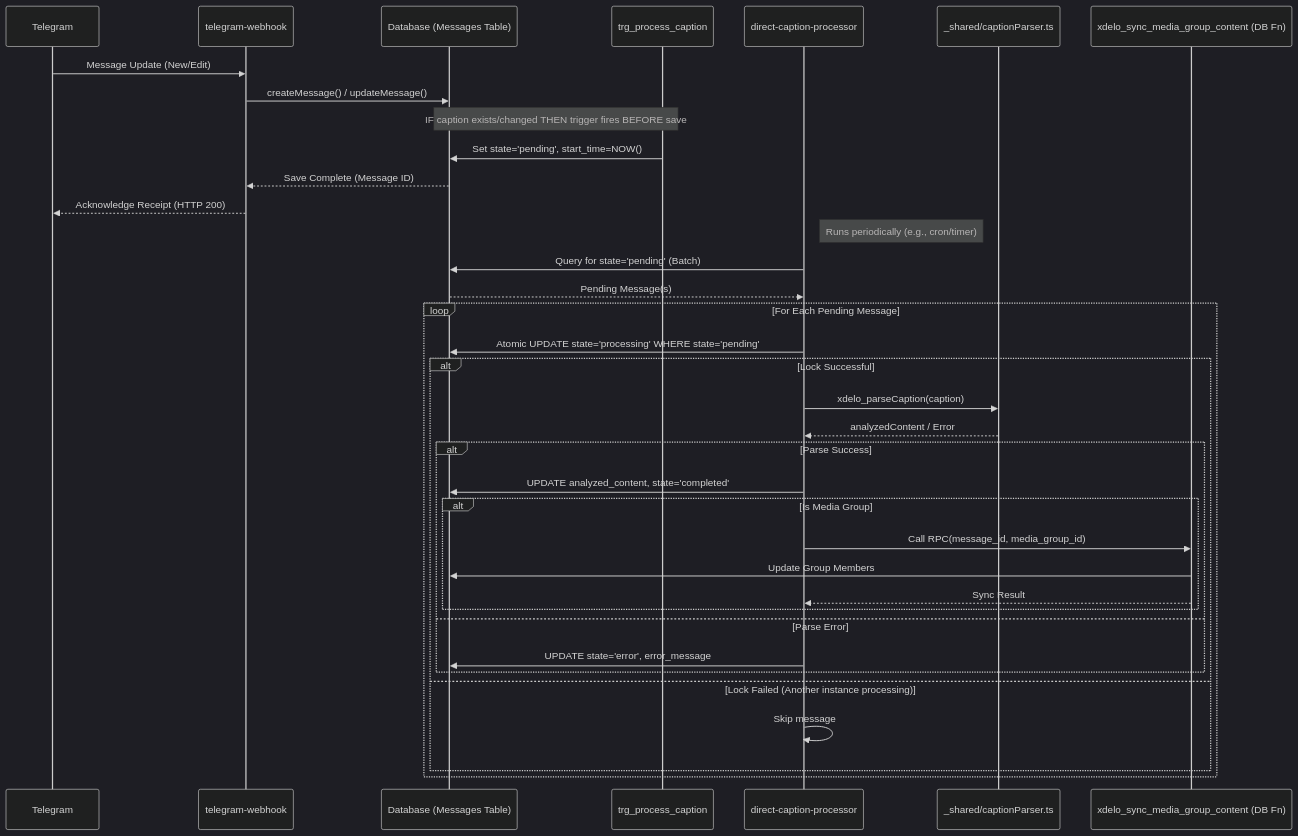
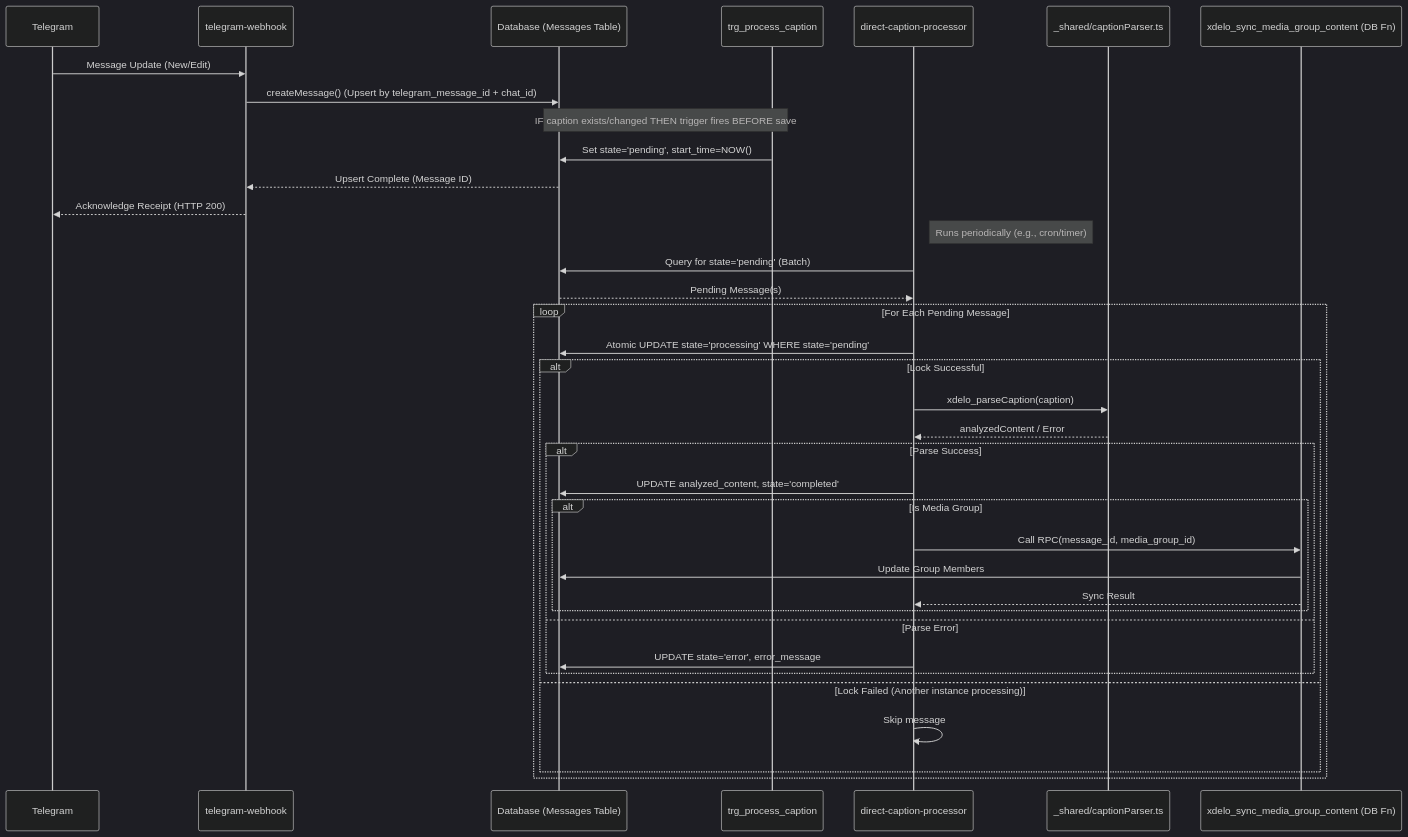
Before and after one commit to cmtkdot/xdelo-app: the first of 2 diagrams in docs/telegram-webhook-flow.md, drawn with Mermaid (dark theme). The commit also changed other lines of this file and 6 other files, not shown here.

First line of the commit message:
Update README and documentation to reflect changes in message handling and upsert logic

````diff
--- a/docs/telegram-webhook-flow.md
+++ b/docs/telegram-webhook-flow.md
@@ -62,40 +61,40 @@
 ```mermaid
 sequenceDiagram
     participant T as Telegram
     participant W as telegram-webhook
     participant DB as Database (Messages Table)
     participant TRG as trg_process_caption
     participant EF as direct-caption-processor
     participant P as _shared/captionParser.ts
     participant SYNC as xdelo_sync_media_group_content (DB Fn)
 
     T->>W: Message Update (New/Edit)
-    W->>DB: createMessage() / updateMessage()
+    W->>DB: createMessage() (Upsert by telegram_message_id + chat_id)
     Note over DB,TRG: IF caption exists/changed THEN trigger fires BEFORE save
     TRG->>DB: Set state='pending', start_time=NOW()
-    DB-->>W: Save Complete (Message ID)
+    DB-->>W: Upsert Complete (Message ID)
     W-->>T: Acknowledge Receipt (HTTP 200)
 
     Note right of EF: Runs periodically (e.g., cron/timer)
     EF->>DB: Query for state='pending' (Batch)
     DB-->>EF: Pending Message(s)
     loop For Each Pending Message
         EF->>DB: Atomic UPDATE state='processing' WHERE state='pending'
         alt Lock Successful
             EF->>P: xdelo_parseCaption(caption)
             P-->>EF: analyzedContent / Error
             alt Parse Success
                 EF->>DB: UPDATE analyzed_content, state='completed'
                 alt Is Media Group
                     EF->>SYNC: Call RPC(message_id, media_group_id)
                     SYNC->>DB: Update Group Members
                     SYNC-->>EF: Sync Result
                 end
             else Parse Error
                 EF->>DB: UPDATE state='error', error_message
             end
         else Lock Failed (Another instance processing)
             EF->>EF: Skip message
         end
     end
 ```
````
